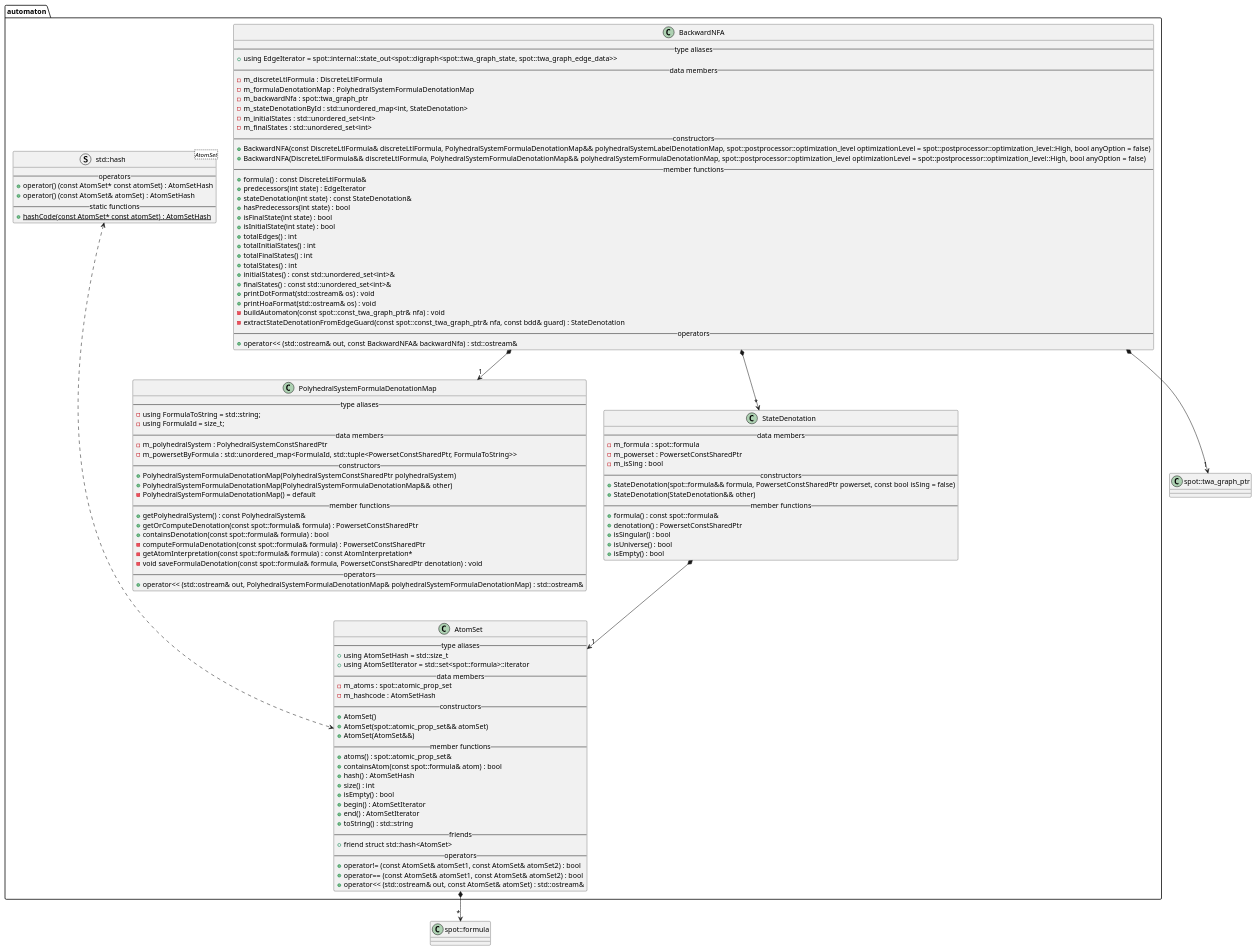
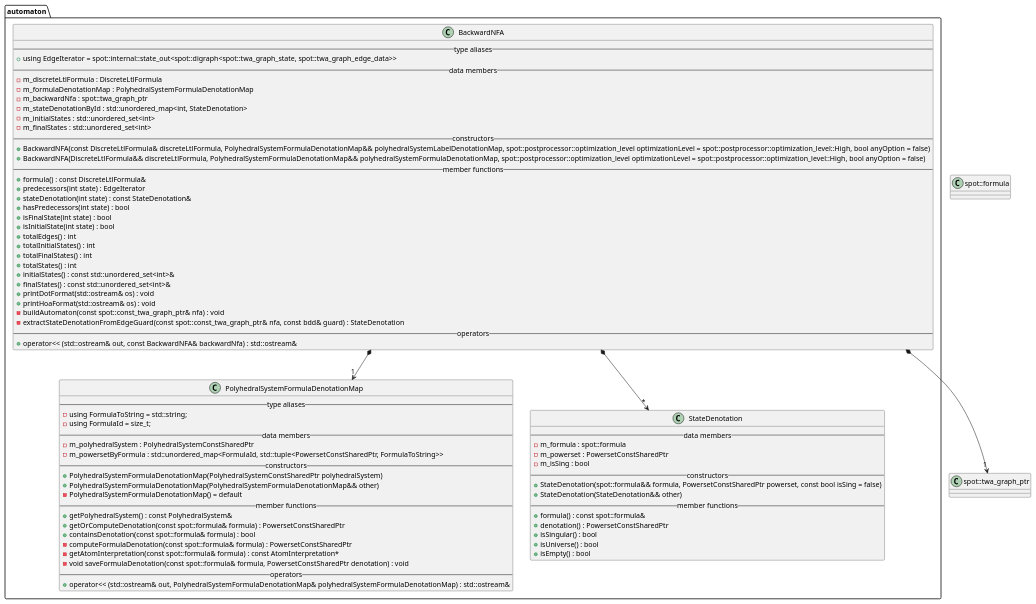
One commit to vtramo/rtl-mc changed the diagram in docs/plantuml/automaton.puml. Above: the diagram before and after it, drawn with PlantUML. The commit also changed 6 other files, not shown here.

Commit message:
refactor: remove unused AtomSet class

```diff
--- a/docs/plantuml/automaton.puml
+++ b/docs/plantuml/automaton.puml
@@ -1,123 +1,84 @@
 @startuml
 
 /' Objects '/
 package automaton {
-    class AtomSet {
-        --type aliases--
-        +using AtomSetHash = std::size_t
-        +using AtomSetIterator = std::set<spot::formula>::iterator
-        --data members--
-        -m_atoms : spot::atomic_prop_set
-        -m_hashcode : AtomSetHash
-        --constructors--
-        +AtomSet()
-        +AtomSet(spot::atomic_prop_set&& atomSet)
-        +AtomSet(AtomSet&&)
-        --member functions--
-        +atoms() : spot::atomic_prop_set&
-        +containsAtom(const spot::formula& atom) : bool
-        +hash() : AtomSetHash
-        +size() : int
-        +isEmpty() : bool
-        +begin() : AtomSetIterator
-        +end() : AtomSetIterator
-        +toString() : std::string
-        --friends--
-        +friend struct std::hash<AtomSet>
-        --operators--
-        +operator!= (const AtomSet& atomSet1, const AtomSet& atomSet2) : bool
-        +operator== (const AtomSet& atomSet1, const AtomSet& atomSet2) : bool
-        +operator<< (std::ostream& out, const AtomSet& atomSet) : std::ostream&
-    }
-
     class BackwardNFA {
         --type aliases--
         +using EdgeIterator = spot::internal::state_out<spot::digraph<spot::twa_graph_state, spot::twa_graph_edge_data>>
         --data members--
         -m_discreteLtlFormula : DiscreteLtlFormula
         -m_formulaDenotationMap : PolyhedralSystemFormulaDenotationMap
         -m_backwardNfa : spot::twa_graph_ptr
         -m_stateDenotationById : std::unordered_map<int, StateDenotation>
         -m_initialStates : std::unordered_set<int>
         -m_finalStates : std::unordered_set<int>
         --constructors--
         +BackwardNFA(const DiscreteLtlFormula& discreteLtlFormula, PolyhedralSystemFormulaDenotationMap&& polyhedralSystemLabelDenotationMap, spot::postprocessor::optimization_level optimizationLevel = spot::postprocessor::optimization_level::High, bool anyOption = false)
         +BackwardNFA(DiscreteLtlFormula&& discreteLtlFormula, PolyhedralSystemFormulaDenotationMap&& polyhedralSystemFormulaDenotationMap, spot::postprocessor::optimization_level optimizationLevel = spot::postprocessor::optimization_level::High, bool anyOption = false)
         --member functions--
         +formula() : const DiscreteLtlFormula&
         +predecessors(int state) : EdgeIterator
         +stateDenotation(int state) : const StateDenotation&
         +hasPredecessors(int state) : bool
         +isFinalState(int state) : bool
         +isInitialState(int state) : bool
         +totalEdges() : int
         +totalInitialStates() : int
         +totalFinalStates() : int
         +totalStates() : int
         +initialStates() : const std::unordered_set<int>&
         +finalStates() : const std::unordered_set<int>&
         +printDotFormat(std::ostream& os) : void
         +printHoaFormat(std::ostream& os) : void
         -buildAutomaton(const spot::const_twa_graph_ptr& nfa) : void
         -extractStateDenotationFromEdgeGuard(const spot::const_twa_graph_ptr& nfa, const bdd& guard) : StateDenotation
         --operators--
         +operator<< (std::ostream& out, const BackwardNFA& backwardNfa) : std::ostream&
     }
 
     class PolyhedralSystemFormulaDenotationMap {
         --type aliases--
         -using FormulaToString = std::string;
         -using FormulaId = size_t;
         --data members--
         -m_polyhedralSystem : PolyhedralSystemConstSharedPtr
         -m_powersetByFormula : std::unordered_map<FormulaId, std::tuple<PowersetConstSharedPtr, FormulaToString>>
         --constructors--
         +PolyhedralSystemFormulaDenotationMap(PolyhedralSystemConstSharedPtr polyhedralSystem)
         +PolyhedralSystemFormulaDenotationMap(PolyhedralSystemFormulaDenotationMap&& other)
         -PolyhedralSystemFormulaDenotationMap() = default
         --member functions--
         +getPolyhedralSystem() : const PolyhedralSystem&
         +getOrComputeDenotation(const spot::formula& formula) : PowersetConstSharedPtr
         +containsDenotation(const spot::formula& formula) : bool
         -computeFormulaDenotation(const spot::formula& formula) : PowersetConstSharedPtr
         -getAtomInterpretation(const spot::formula& formula) : const AtomInterpretation*
         -void saveFormulaDenotation(const spot::formula& formula, PowersetConstSharedPtr denotation) : void
         --operators--
         +operator<< (std::ostream& out, PolyhedralSystemFormulaDenotationMap& polyhedralSystemFormulaDenotationMap) : std::ostream&
     }
 
     class StateDenotation {
         --data members--
         -m_formula : spot::formula
         -m_powerset : PowersetConstSharedPtr
         -m_isSing : bool
         --constructors--
         +StateDenotation(spot::formula&& formula, PowersetConstSharedPtr powerset, const bool isSing = false)
         +StateDenotation(StateDenotation&& other)
         --member functions--
         +formula() : const spot::formula&
         +denotation() : PowersetConstSharedPtr
         +isSingular() : bool
         +isUniverse() : bool
         +isEmpty() : bool
     }
-
-    struct std::hash<AtomSet> {
-        --operators--
-        +operator() (const AtomSet* const atomSet) : AtomSetHash
-        +operator() (const AtomSet& atomSet) : AtomSetHash
-        --static functions--
-        +{static} hashCode(const AtomSet* const atomSet) : AtomSetHash
-    }
 }
 
 class spot::twa_graph_ptr {}
 class spot::formula {}
 
 BackwardNFA *--> "1" spot::twa_graph_ptr
 BackwardNFA *--> "1" PolyhedralSystemFormulaDenotationMap
 BackwardNFA *--> "*" StateDenotation
-StateDenotation *--> "1" AtomSet
-AtomSet *--> "*" spot::formula
-std::hash <...> AtomSet
 @enduml
```
